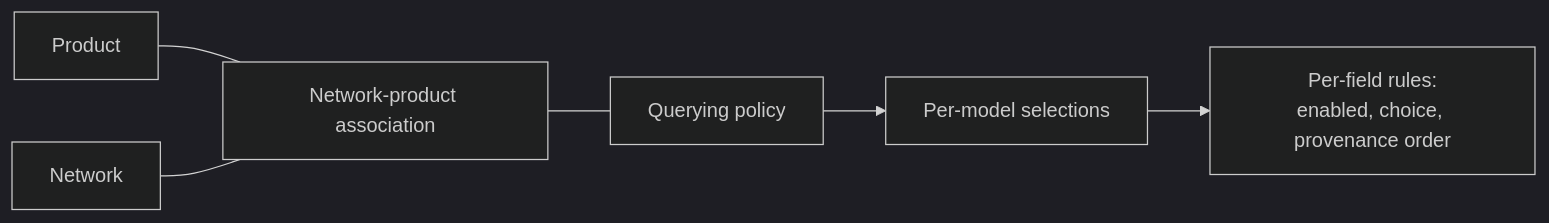
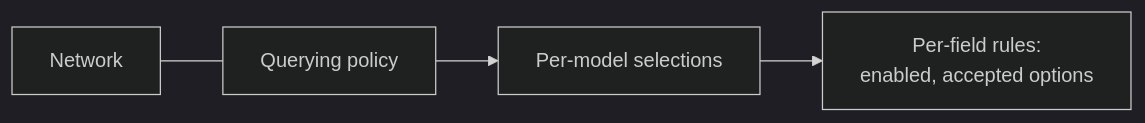
Before and after one commit to solo-finance/docs: the diagram in concepts/governance/querying-policies.mdx, drawn with Mermaid (dark theme). The commit also changed other lines of this file and 190 other files, not shown here.

````diff
--- a/concepts/governance/querying-policies.mdx
+++ b/concepts/governance/querying-policies.mdx
@@ -18,8 +18,6 @@
 ```mermaid
 flowchart LR
-    Prod[Product] --- NP[Network-product association]
-    Net[Network] --- NP
-    NP --- Pol[Querying policy]
+    Net[Network] --- Pol[Querying policy]
     Pol --> Models[Per-model selections]
-    Models --> Fields[Per-field rules:<br/>enabled, choice, provenance order]
+    Models --> Fields[Per-field rules:<br/>enabled, accepted options]
 ```
````
